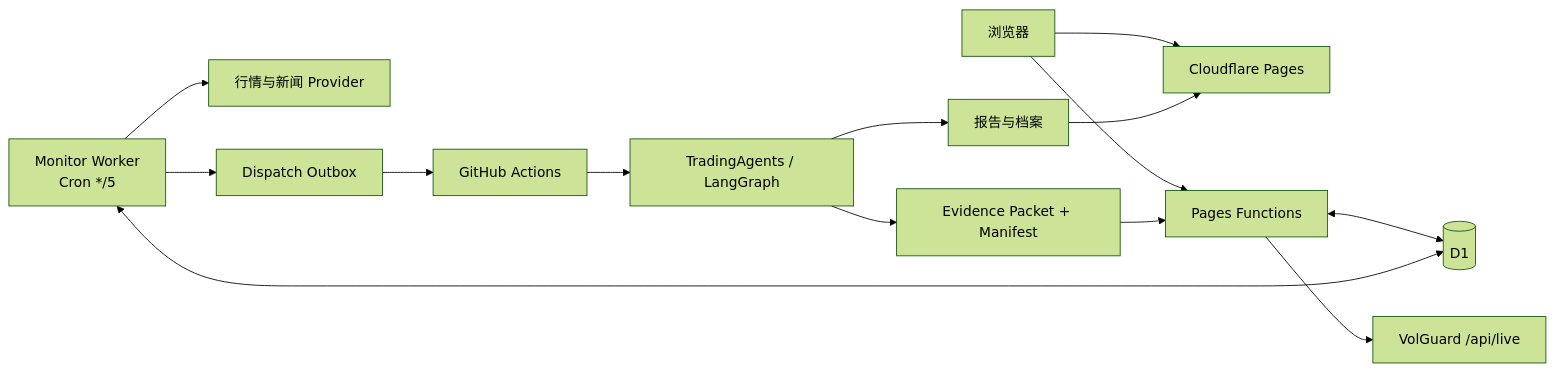
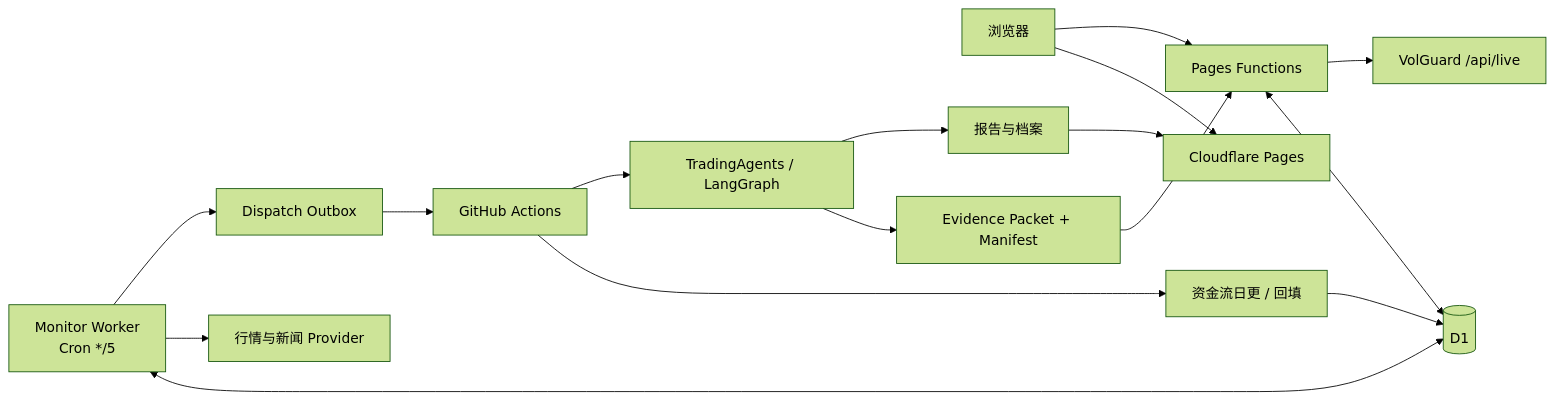
Before and after one commit to gaaiyun/TradingWorkbench: the first of 3 diagrams in README.md, drawn with Mermaid (forest theme). The commit also changed other lines of this file and 4 other files, not shown here.

````diff
--- a/README.md
+++ b/README.md
@@ -54,16 +54,18 @@
 ```mermaid
 flowchart LR
     B["浏览器"] --> P["Cloudflare Pages"]
     B --> F["Pages Functions"]
     F <--> D[("D1")]
     W["Monitor Worker<br/>Cron */5"] <--> D
     W --> R["行情与新闻 Provider"]
     W --> O["Dispatch Outbox"]
     O --> G["GitHub Actions"]
+    G --> FLOW["资金流日更 / 回填"]
+    FLOW --> D
     G --> T["TradingAgents / LangGraph"]
     T --> E["Evidence Packet + Manifest"]
     T --> A["报告与档案"]
     E --> F
     A --> P
     F --> V["VolGuard /api/live"]
 ```
````
